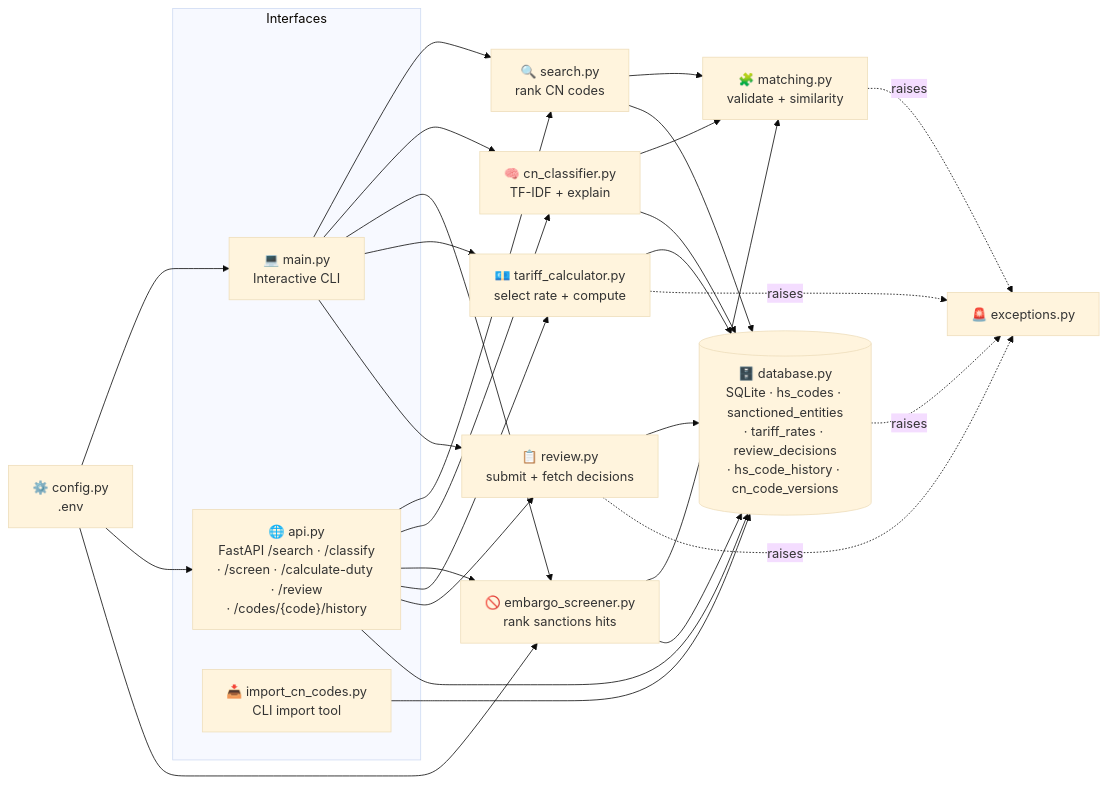
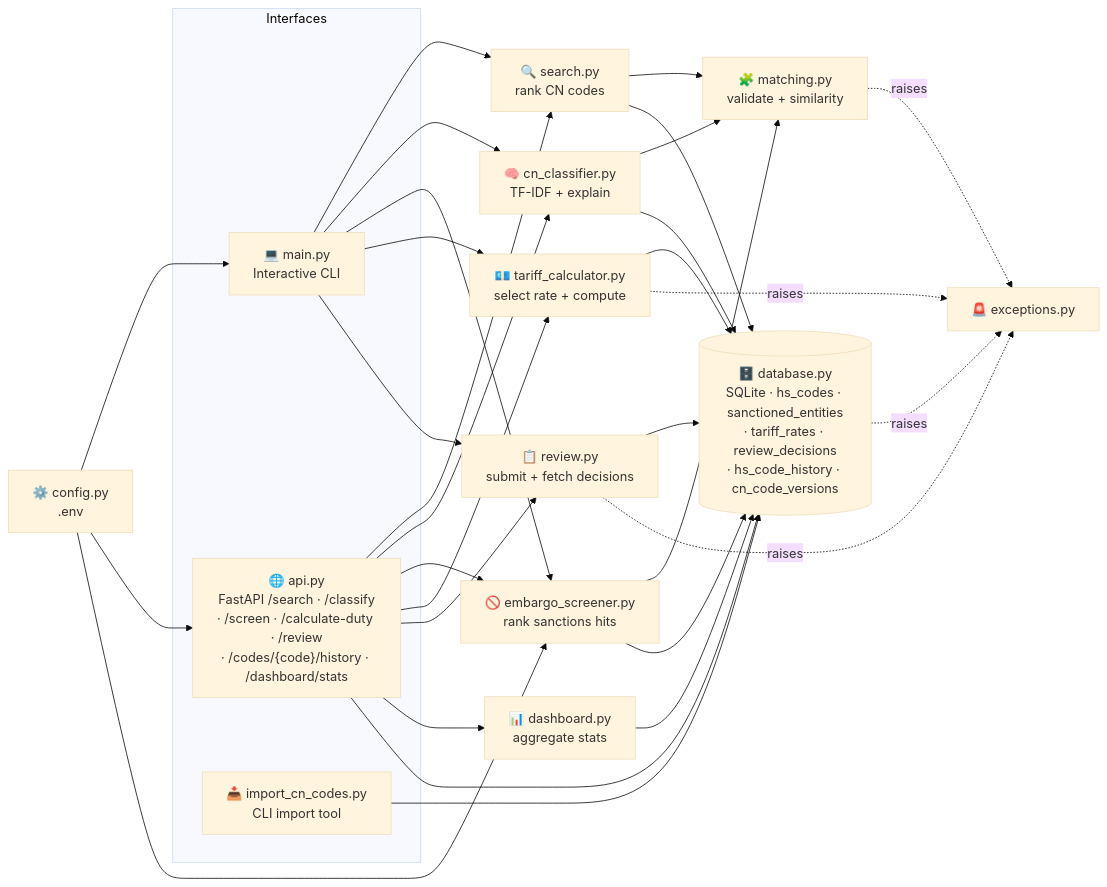
Before and after one commit to Mutersec/CustomsIQ: the first of 2 diagrams in README.md, drawn with Mermaid (base theme). The commit also changed other lines of this file and 8 other files, not shown here.

````diff
--- a/README.md
+++ b/README.md
@@ -95,46 +96,49 @@
 ```mermaid
 flowchart LR
     subgraph Interfaces
         CLI["💻 main.py<br/>Interactive CLI"]
-        API["🌐 api.py<br/>FastAPI /search · /classify<br/>· /screen · /calculate-duty · /review<br/>· /codes/{code}/history"]
+        API["🌐 api.py<br/>FastAPI /search · /classify<br/>· /screen · /calculate-duty · /review<br/>· /codes/{code}/history · /dashboard/stats"]
         IMPORT["📥 import_cn_codes.py<br/>CLI import tool"]
     end
 
     SEARCH["🔍 search.py<br/>rank CN codes"]
     CLS["🧠 cn_classifier.py<br/>TF-IDF + explain"]
     SCREEN["🚫 embargo_screener.py<br/>rank sanctions hits"]
     DUTY["💶 tariff_calculator.py<br/>select rate + compute"]
     REVIEW["📋 review.py<br/>submit + fetch decisions"]
+    DASH["📊 dashboard.py<br/>aggregate stats"]
     MATCH["🧩 matching.py<br/>validate + similarity"]
     DB[("🗄️ database.py<br/>SQLite · hs_codes · sanctioned_entities<br/>· tariff_rates · review_decisions<br/>· hs_code_history · cn_code_versions")]
     EXC["🚨 exceptions.py"]
     CFG["⚙️ config.py<br/>.env"]
 
     CLI --> SEARCH
     CLI --> CLS
     CLI --> SCREEN
     CLI --> DUTY
     CLI --> REVIEW
     API --> SEARCH
     API --> CLS
     API --> SCREEN
     API --> DUTY
     API --> REVIEW
+    API --> DASH
     API --> DB
     IMPORT --> DB
+    DASH --> DB
     SEARCH --> MATCH
     CLS --> MATCH
     SCREEN --> MATCH
     SEARCH --> DB
     CLS --> DB
     SCREEN --> DB
     DUTY --> DB
     REVIEW --> DB
     DUTY -. raises .-> EXC
     MATCH -. raises .-> EXC
     DB -. raises .-> EXC
     REVIEW -. raises .-> EXC
     CFG --> CLI
     CFG --> API
     CFG --> SCREEN
 ```
````
